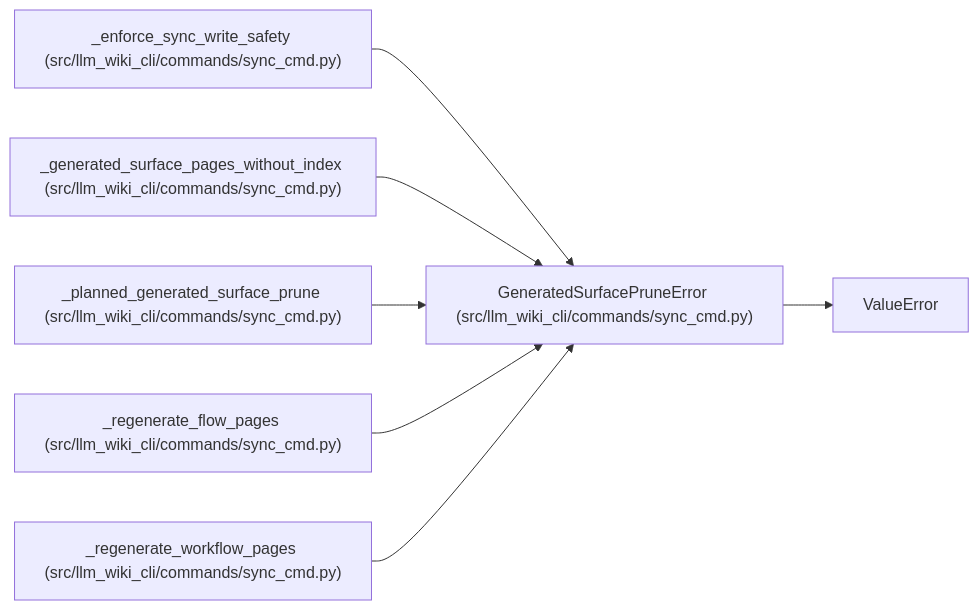
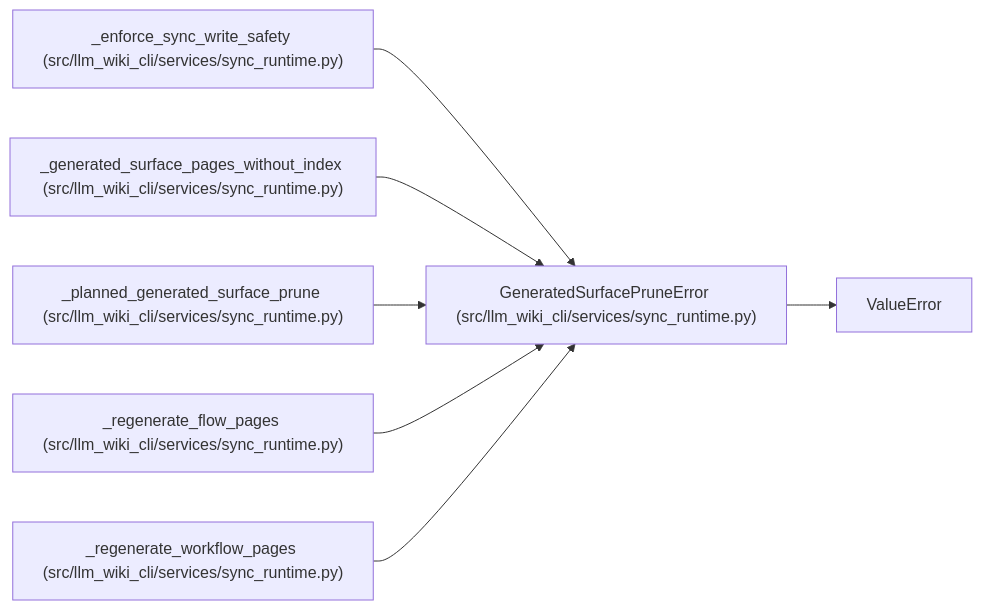
Before and after one commit to Denissvgn/python-wiki-llm: the diagram in docs/llm_wiki/entities/GeneratedSurfacePruneError.md, drawn with Mermaid. The commit also changed other lines of this file and 1555 other files, not shown here.

````diff
--- a/docs/llm_wiki/entities/GeneratedSurfacePruneError.md
+++ b/docs/llm_wiki/entities/GeneratedSurfacePruneError.md
@@ -23,22 +23,22 @@
 ```mermaid
 flowchart LR
-    n0["GeneratedSurfacePruneError (src/llm_wiki_cli/commands/sync_cmd.py)"]
+    n0["GeneratedSurfacePruneError (src/llm_wiki_cli/services/sync_runtime.py)"]
     n1["ValueError"]
-    n2["_enforce_sync_write_safety (src/llm_wiki_cli/commands/sync_cmd.py)"]
-    n3["_generated_surface_pages_without_index (src/llm_wiki_cli/commands/sync_cmd.py)"]
-    n4["_planned_generated_surface_prune (src/llm_wiki_cli/commands/sync_cmd.py)"]
-    n5["_regenerate_flow_pages (src/llm_wiki_cli/commands/sync_cmd.py)"]
-    n6["_regenerate_workflow_pages (src/llm_wiki_cli/commands/sync_cmd.py)"]
+    n2["_enforce_sync_write_safety (src/llm_wiki_cli/services/sync_runtime.py)"]
+    n3["_generated_surface_pages_without_index (src/llm_wiki_cli/services/sync_runtime.py)"]
+    n4["_planned_generated_surface_prune (src/llm_wiki_cli/services/sync_runtime.py)"]
+    n5["_regenerate_flow_pages (src/llm_wiki_cli/services/sync_runtime.py)"]
+    n6["_regenerate_workflow_pages (src/llm_wiki_cli/services/sync_runtime.py)"]
     n0 --> n1
     n2 --> n0
     n3 --> n0
     n4 --> n0
     n5 --> n0
     n6 --> n0
-    click n0 "../modules/sync_cmd.md"
-    click n2 "../modules/sync_cmd.md"
-    click n3 "../modules/sync_cmd.md"
-    click n4 "../modules/sync_cmd.md"
-    click n5 "../modules/sync_cmd.md"
-    click n6 "../modules/sync_cmd.md"
+    click n0 "../modules/sync_runtime.md"
+    click n2 "../modules/sync_runtime.md"
+    click n3 "../modules/sync_runtime.md"
+    click n4 "../modules/sync_runtime.md"
+    click n5 "../modules/sync_runtime.md"
+    click n6 "../modules/sync_runtime.md"
 ```
````
